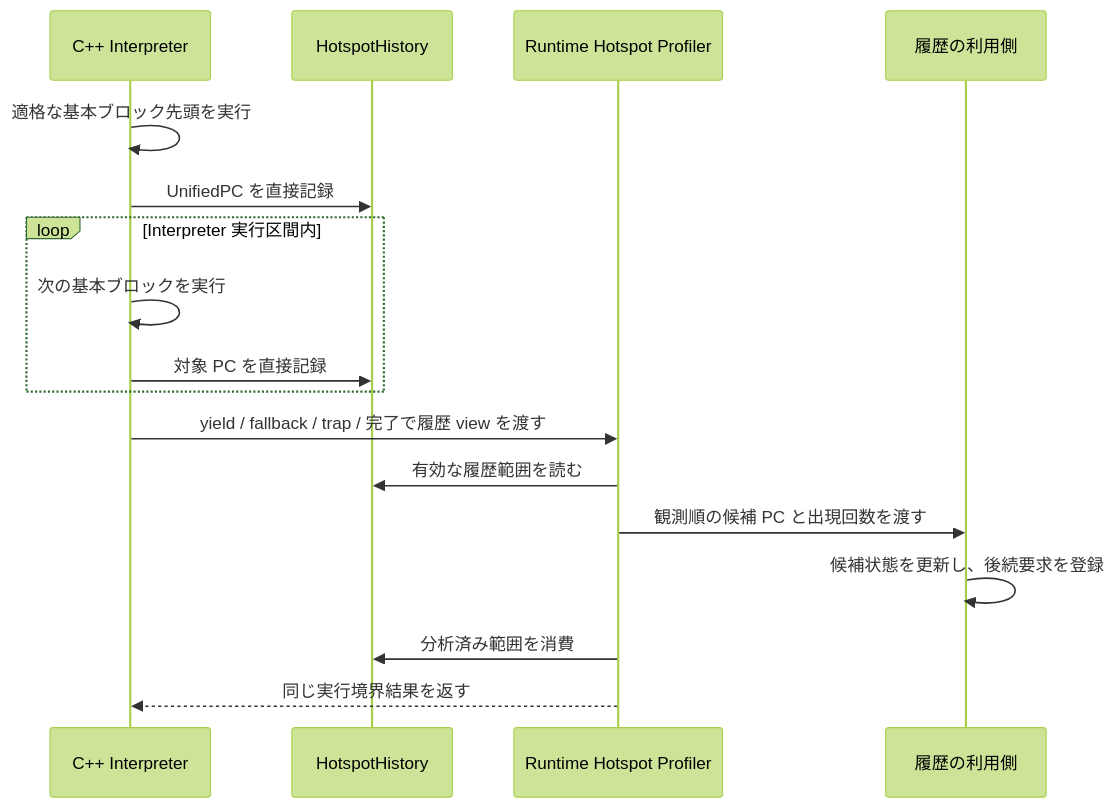
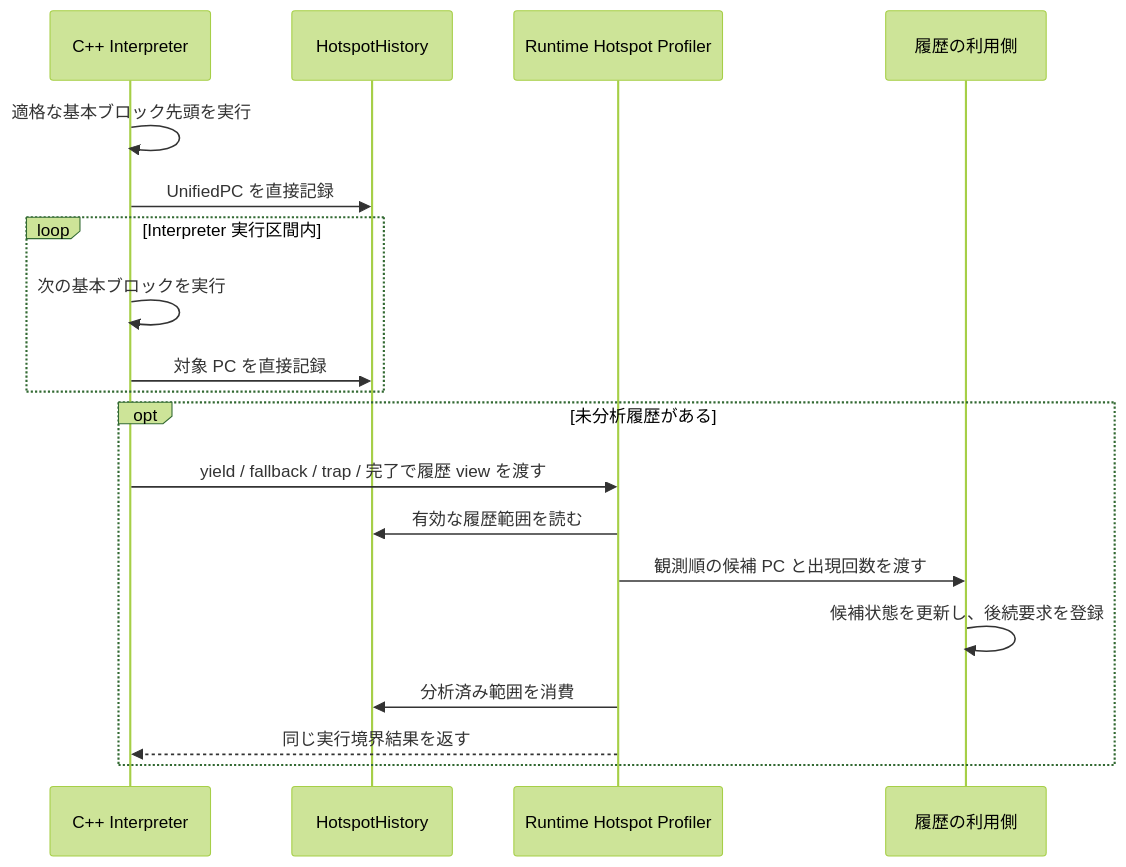
Before and after one commit to kmt-t/fireball: the second of 2 diagrams in docs/components/tier2_runtime/runtime_hotspot_profiler.md, drawn with Mermaid (forest theme). The commit also changed other lines of this file and 12 other files, not shown here.

````diff
--- a/docs/components/tier2_runtime/runtime_hotspot_profiler.md
+++ b/docs/components/tier2_runtime/runtime_hotspot_profiler.md
@@ -98,19 +98,21 @@
 ```mermaid
 sequenceDiagram
     participant I as C++ Interpreter
     participant H as HotspotHistory
     participant R as Runtime Hotspot Profiler
     participant C as 履歴の利用側
     I->>I: 適格な基本ブロック先頭を実行
     I->>H: UnifiedPC を直接記録
     loop Interpreter 実行区間内
         I->>I: 次の基本ブロックを実行
         I->>H: 対象 PC を直接記録
     end
-    I->>R: yield / fallback / trap / 完了で履歴 view を渡す
-    R->>H: 有効な履歴範囲を読む
-    R->>C: 観測順の候補 PC と出現回数を渡す
-    C->>C: 候補状態を更新し、後続要求を登録
-    R->>H: 分析済み範囲を消費
-    R-->>I: 同じ実行境界結果を返す
+    opt 未分析履歴がある
+        I->>R: yield / fallback / trap / 完了で履歴 view を渡す
+        R->>H: 有効な履歴範囲を読む
+        R->>C: 観測順の候補 PC と出現回数を渡す
+        C->>C: 候補状態を更新し、後続要求を登録
+        R->>H: 分析済み範囲を消費
+        R-->>I: 同じ実行境界結果を返す
+    end
 ```
````
